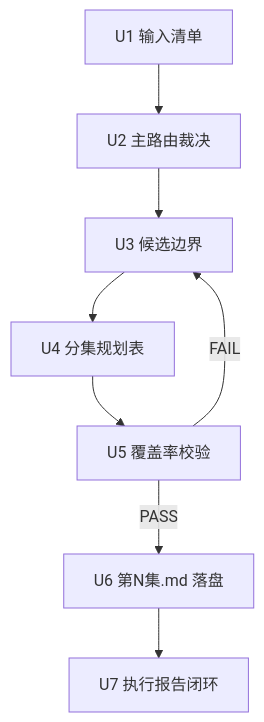
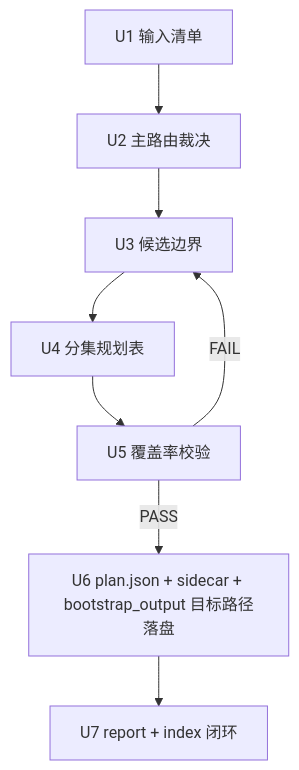
The first of 2 diagrams in .agents/skills/aigc/1-规划/subtypes/1-分集/references/execution-flow.md (ZEN-VOID/AI-CUT), drawn with Mermaid before and after one commit. The commit also changed other lines of this file and 54 other files, not shown here.

````diff
--- a/.agents/skills/aigc/1-规划/subtypes/1-分集/references/execution-flow.md
+++ b/.agents/skills/aigc/1-规划/subtypes/1-分集/references/execution-flow.md
@@ -57,10 +57,10 @@
 ```mermaid
 flowchart TD
     A["U1 输入清单"] --> B["U2 主路由裁决"]
     B --> C["U3 候选边界"]
     C --> D["U4 分集规划表"]
     D --> E["U5 覆盖率校验"]
-    E -->|"PASS"| F["U6 第N集.md 落盘"]
+    E -->|"PASS"| F["U6 plan.json + sidecar + bootstrap_output 目标路径落盘"]
     E -->|"FAIL"| C
-    F --> G["U7 执行报告闭环"]
+    F --> G["U7 report + index 闭环"]
 ```
````
